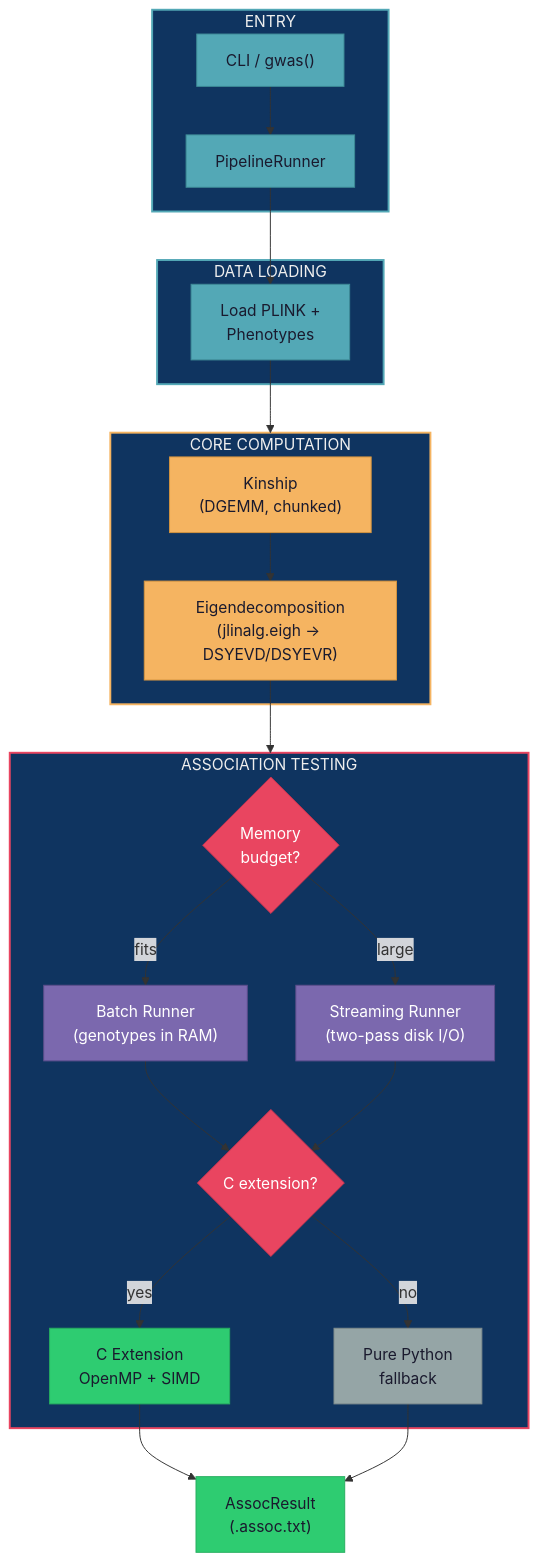
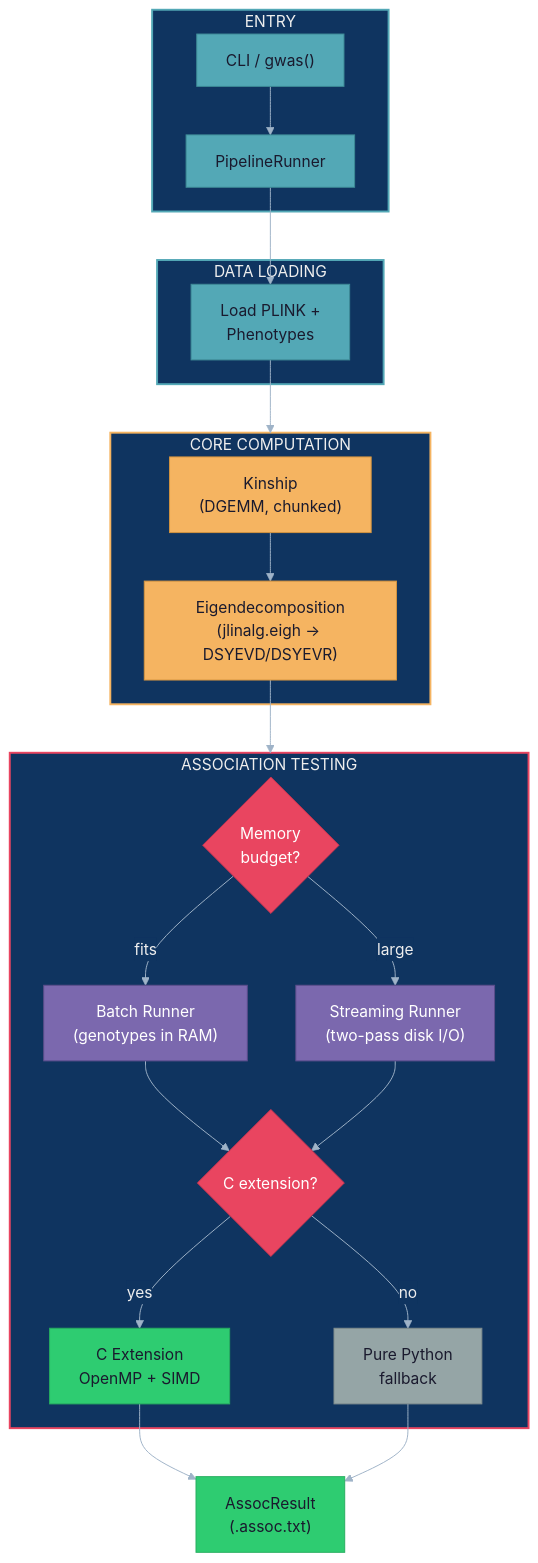
Before and after one commit to michael-denyer/jamma: the diagram in README.md, drawn with Mermaid. The commit also changed 5 other files, not shown here.

First line of the commit message:
Move the diagram theme into the fence so GitHub renders it too

````diff
--- a/README.md
+++ b/README.md
@@ -228,61 +228,69 @@
 ```mermaid
+---
+config:
+  theme: base
+  themeVariables:
+    lineColor: "#9fb3c8"
+    primaryTextColor: "#eeeeee"
+    edgeLabelBackground: "#0f3460"
+---
 flowchart TD
     subgraph ENTRY["ENTRY"]
         CLI["CLI / gwas()"]
         PIPE["PipelineRunner"]
         CLI --> PIPE
     end
 
     subgraph IO["DATA LOADING"]
         LOAD["Load PLINK +<br/>Phenotypes"]
     end
 
     subgraph CORE["CORE COMPUTATION"]
         KIN["Kinship<br/>(DGEMM, chunked)"]
         EIG["Eigendecomposition<br/>(jlinalg.eigh → DSYEVD/DSYEVR)"]
         KIN --> EIG
     end
 
     subgraph ASSOC["ASSOCIATION TESTING"]
         MEM{"Memory<br/>budget?"}
         NP["Batch Runner<br/>(genotypes in RAM)"]
         NPS["Streaming Runner<br/>(two-pass disk I/O)"]
         CEXT{"C extension?"}
         C["C Extension<br/>OpenMP + SIMD"]
         PY["Pure Python<br/>fallback"]
         MEM -->|fits| NP
         MEM -->|large| NPS
         NP --> CEXT
         NPS --> CEXT
         CEXT -->|yes| C
         CEXT -->|no| PY
     end
 
     RES["AssocResult<br/>(.assoc.txt)"]
 
     PIPE --> LOAD --> CORE
     EIG --> ASSOC
     C --> RES
     PY --> RES
 
     style ENTRY fill:#0f3460,stroke:#53a8b6,color:#eee,stroke-width:2px
     style IO fill:#0f3460,stroke:#53a8b6,color:#eee,stroke-width:2px
     style CORE fill:#0f3460,stroke:#f5b461,color:#eee,stroke-width:2px
     style ASSOC fill:#0f3460,stroke:#e94560,color:#eee,stroke-width:2px
 
     style CLI fill:#53a8b6,stroke:#3d8a96,color:#1a1a2e
     style PIPE fill:#53a8b6,stroke:#3d8a96,color:#1a1a2e
     style LOAD fill:#53a8b6,stroke:#3d8a96,color:#1a1a2e
 
     style KIN fill:#f5b461,stroke:#d4943f,color:#1a1a2e
     style EIG fill:#f5b461,stroke:#d4943f,color:#1a1a2e
 
     style MEM fill:#e94560,stroke:#c73550,color:#fff
     style NP fill:#7b68ae,stroke:#5a4d8a,color:#fff
     style NPS fill:#7b68ae,stroke:#5a4d8a,color:#fff
     style CEXT fill:#e94560,stroke:#c73550,color:#fff
     style C fill:#2ecc71,stroke:#27ae60,color:#1a1a2e
     style PY fill:#95a5a6,stroke:#7f8c8d,color:#1a1a2e
 
     style RES fill:#2ecc71,stroke:#27ae60,color:#1a1a2e
 ```
````
